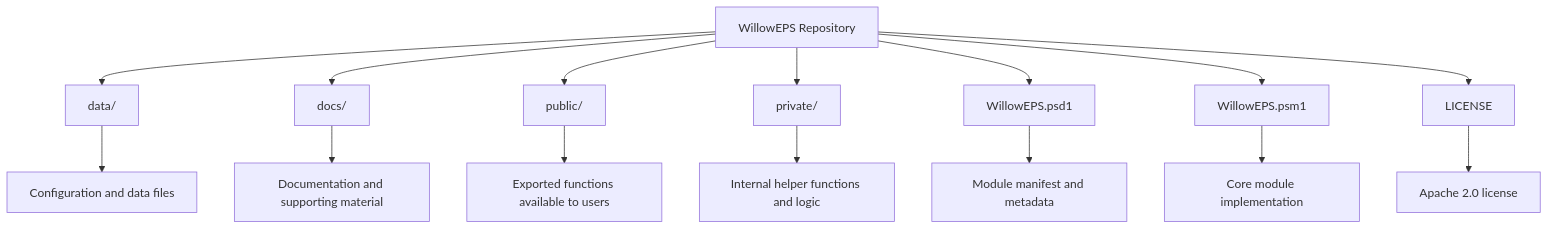
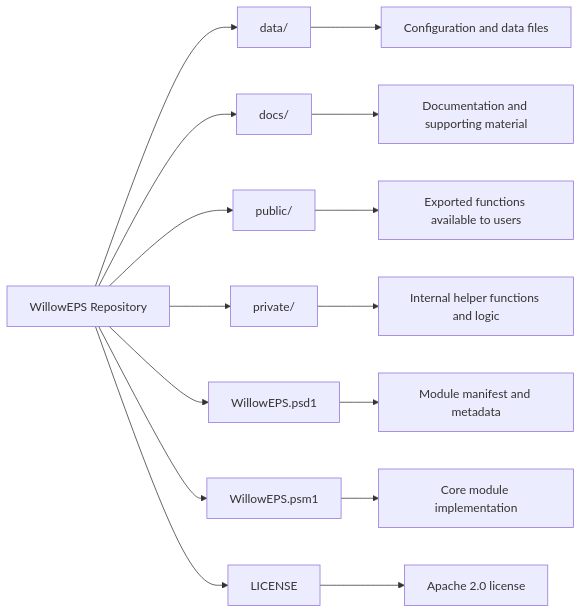
Before and after one commit to figueroadavid/WillowEPS: the diagram in README.md, drawn with Mermaid.

Commit message:
Fix mermaid flowchart direction in README

````diff
--- a/README.md
+++ b/README.md
@@ -35,26 +35,26 @@
 ```mermaid
-flowchart TD
+flowchart LR
     Root[WillowEPS Repository]
 
     Root --> Data[data/]
     Root --> Docs[docs/]
     Root --> Public[public/]
     Root --> Private[private/]
     Root --> PSD1[WillowEPS.psd1]
     Root --> PSM1[WillowEPS.psm1]
     Root --> License[LICENSE]
 
     Data --> DataDesc[Configuration and data files]
 
     Docs --> DocsDesc[Documentation and supporting material]
 
     Public --> PublicDesc[Exported functions available to users]
 
     Private --> PrivateDesc[Internal helper functions and logic]
 
     PSD1 --> PSD1Desc[Module manifest and metadata]
 
     PSM1 --> PSM1Desc[Core module implementation]
 
     License --> LicenseDesc[Apache 2.0 license]
 ```
````
